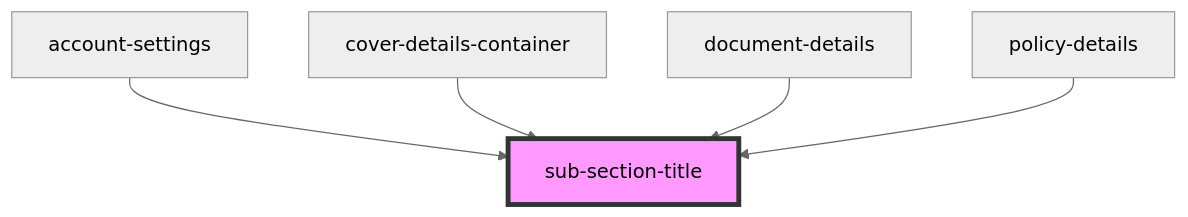
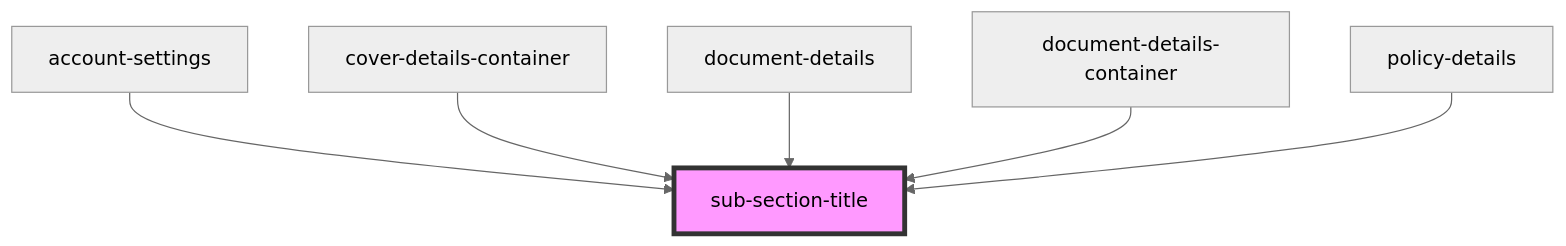
Before and after one commit to Cardiff-Ook/poc-component-library: the diagram in docs/components/base-components/sub-section-title/readme.md, drawn with Mermaid (neutral theme). The commit also changed other lines of this file and 26 other files, not shown here.

````diff
--- a/docs/components/base-components/sub-section-title/readme.md
+++ b/docs/components/base-components/sub-section-title/readme.md
@@ -25,8 +26,9 @@
 ```mermaid
 graph TD;
   account-settings --> sub-section-title
   cover-details-container --> sub-section-title
   document-details --> sub-section-title
+  document-details-container --> sub-section-title
   policy-details --> sub-section-title
   style sub-section-title fill:#f9f,stroke:#333,stroke-width:4px
 ```
````
